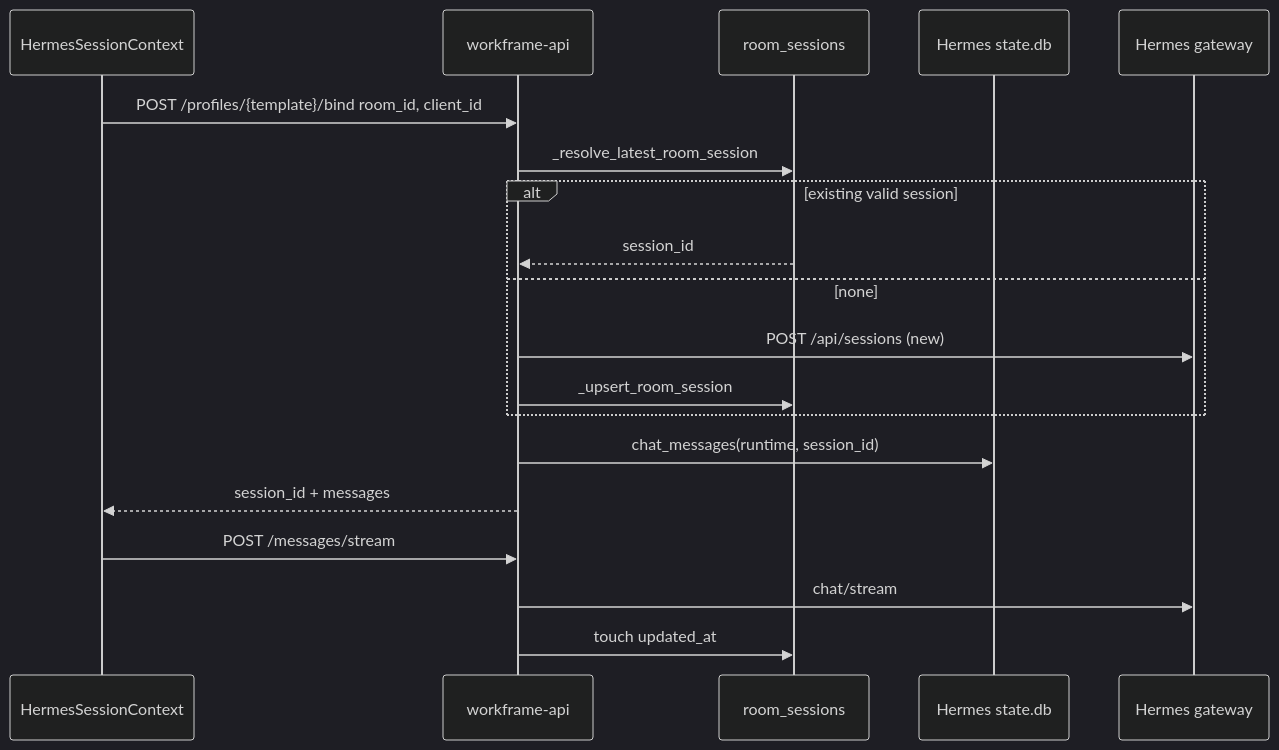
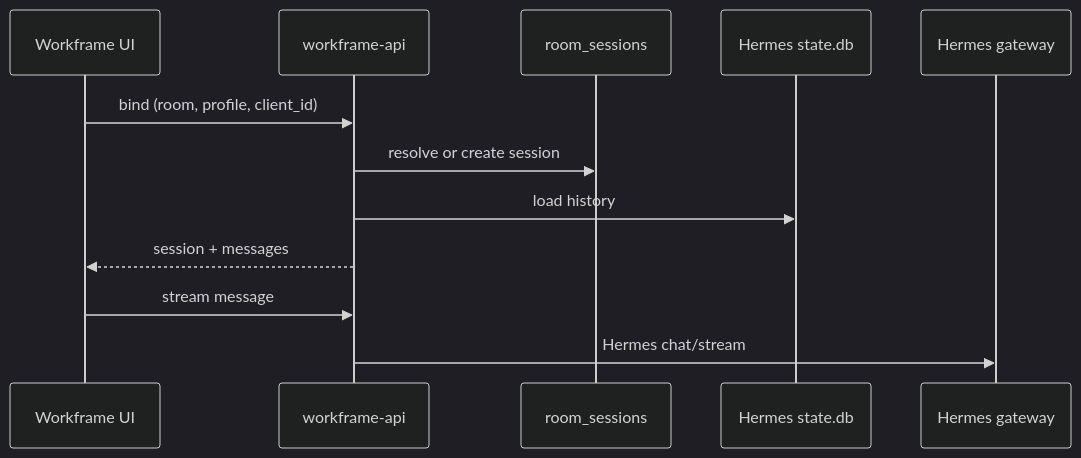
One commit to npx-workframe/workframe changed the diagram in docs/public/session-architecture.md. Above: the diagram before and after it, drawn with Mermaid (dark theme). The commit also changed other lines of this file and 9 other files, not shown here.

````diff
--- a/docs/public/session-architecture.md
+++ b/docs/public/session-architecture.md
@@ -19,22 +16,15 @@
 ```mermaid
 sequenceDiagram
-  participant UI as HermesSessionContext
+  participant UI as Workframe UI
   participant BFF as workframe-api
   participant RS as room_sessions
   participant H as Hermes state.db
   participant GW as Hermes gateway
 
-  UI->>BFF: POST /profiles/{template}/bind room_id, client_id
-  BFF->>RS: _resolve_latest_room_session
-  alt existing valid session
-    RS-->>BFF: session_id
-  else none
-    BFF->>GW: POST /api/sessions (new)
-    BFF->>RS: _upsert_room_session
-  end
-  BFF->>H: chat_messages(runtime, session_id)
-  BFF-->>UI: session_id + messages
-  UI->>BFF: POST /messages/stream
-  BFF->>GW: chat/stream
-  BFF->>RS: touch updated_at
+  UI->>BFF: bind (room, profile, client_id)
+  BFF->>RS: resolve or create session
+  BFF->>H: load history
+  BFF-->>UI: session + messages
+  UI->>BFF: stream message
+  BFF->>GW: Hermes chat/stream
 ```
````
